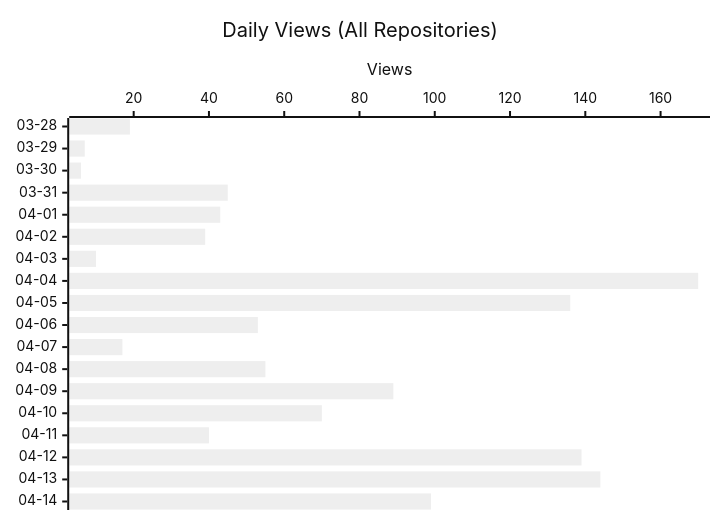
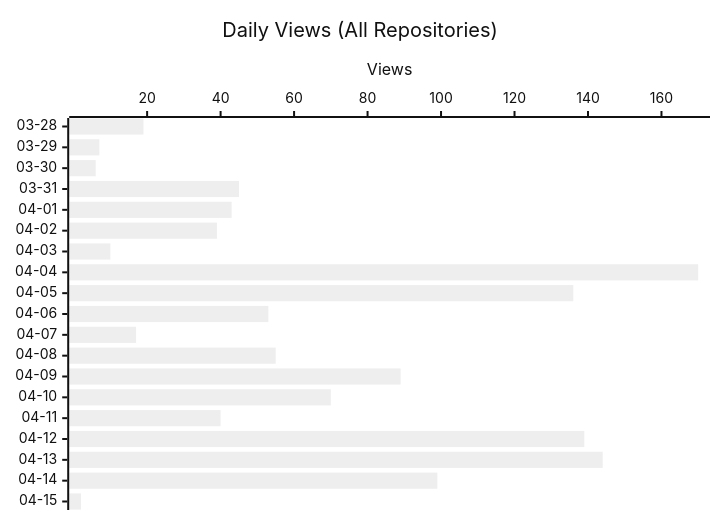
The second of 3 diagrams in README.md (shigechika/github-insights), drawn with Mermaid (neutral theme) before and after one commit. The commit also changed other lines of this file and 1 other file, not shown here.

````diff
--- a/README.md
+++ b/README.md
@@ -22,7 +22,7 @@
 ```mermaid
 xychart-beta horizontal
     title "Daily Views (All Repositories)"
-    x-axis ["03-28", "03-29", "03-30", "03-31", "04-01", "04-02", "04-03", "04-04", "04-05", "04-06", "04-07", "04-08", "04-09", "04-10", "04-11", "04-12", "04-13", "04-14"]
+    x-axis ["03-28", "03-29", "03-30", "03-31", "04-01", "04-02", "04-03", "04-04", "04-05", "04-06", "04-07", "04-08", "04-09", "04-10", "04-11", "04-12", "04-13", "04-14", "04-15"]
     y-axis "Views"
-    bar [19, 7, 6, 45, 43, 39, 10, 170, 136, 53, 17, 55, 89, 70, 40, 139, 144, 99]
+    bar [19, 7, 6, 45, 43, 39, 10, 170, 136, 53, 17, 55, 89, 70, 40, 139, 144, 99, 2]
 ```
````
